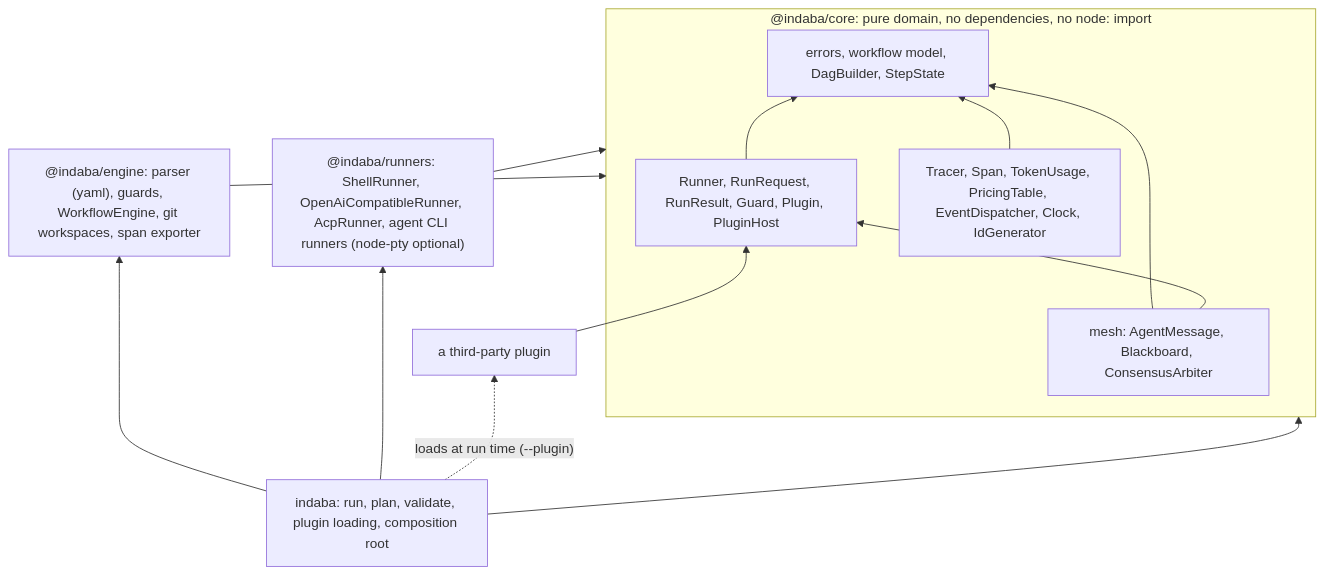
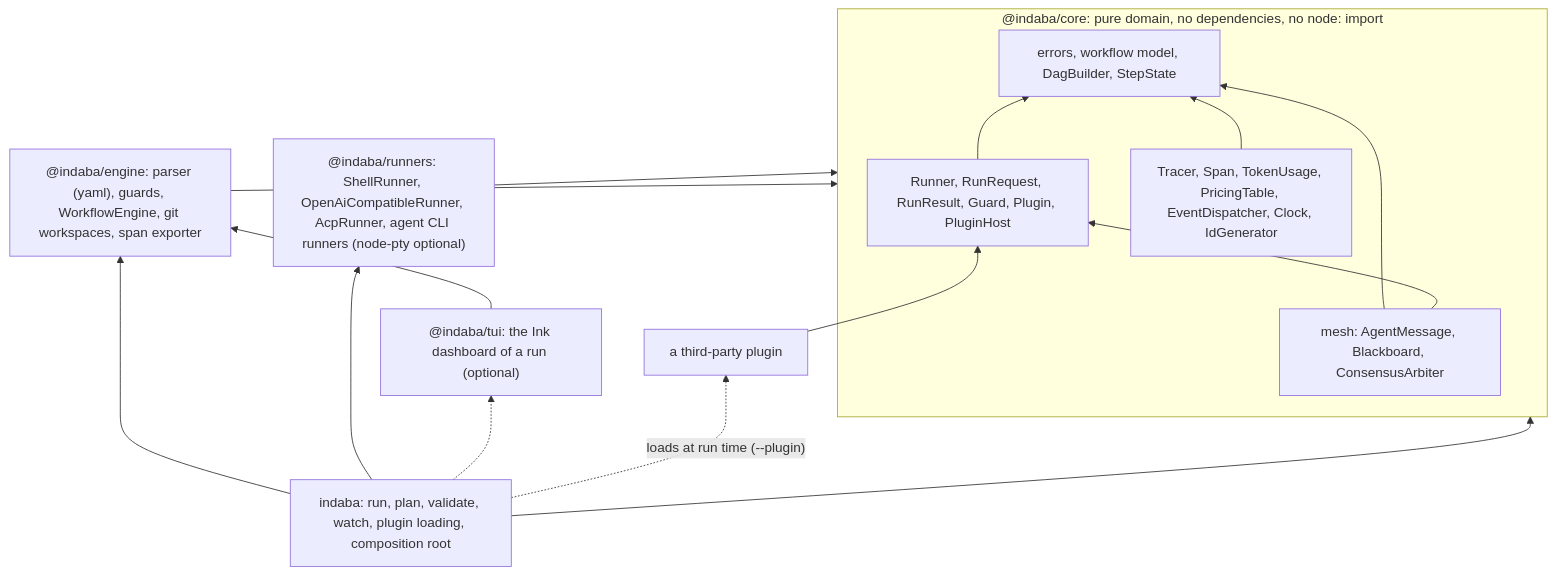
One commit to yaotzin1/indaba changed the diagram in specs/DEPENDENCY_MAP.md. Above: the diagram before and after it, drawn with Mermaid. The commit also changed other lines of this file and 108 other files, not shown here.

First line of the commit message:
feat: a run event stream, indaba watch, run --tui and the optional @indaba/tui dashboard (#15)

````diff
--- a/specs/DEPENDENCY_MAP.md
+++ b/specs/DEPENDENCY_MAP.md
@@ -7,26 +7,29 @@
 ```mermaid
 graph BT
     subgraph Domain["@indaba/core: pure domain, no dependencies, no node: import"]
         Core["errors, workflow model, DagBuilder, StepState"]
         Mesh["mesh: AgentMessage, Blackboard, ConsensusArbiter"]
         Contracts["Runner, RunRequest, RunResult, Guard, Plugin, PluginHost"]
         Obs["Tracer, Span, TokenUsage, PricingTable, EventDispatcher, Clock, IdGenerator"]
     end
 
     Engine["@indaba/engine: parser (yaml), guards, WorkflowEngine, git workspaces, span exporter"]
     Runners["@indaba/runners: ShellRunner, OpenAiCompatibleRunner, AcpRunner, agent CLI runners (node-pty optional)"]
-    Cli["indaba: run, plan, validate, plugin loading, composition root"]
+    Cli["indaba: run, plan, validate, watch, plugin loading, composition root"]
+    Tui["@indaba/tui: the Ink dashboard of a run (optional)"]
     Plugin["a third-party plugin"]
 
     Mesh --> Core
     Mesh --> Contracts
     Contracts --> Core
     Obs --> Core
     Engine --> Domain
     Runners --> Domain
     Cli --> Engine
     Cli --> Runners
     Cli --> Domain
+    Cli -.-> Tui
+    Tui --> Engine
     Plugin --> Contracts
     Cli -. "loads at run time (--plugin)" .-> Plugin
 ```
````
